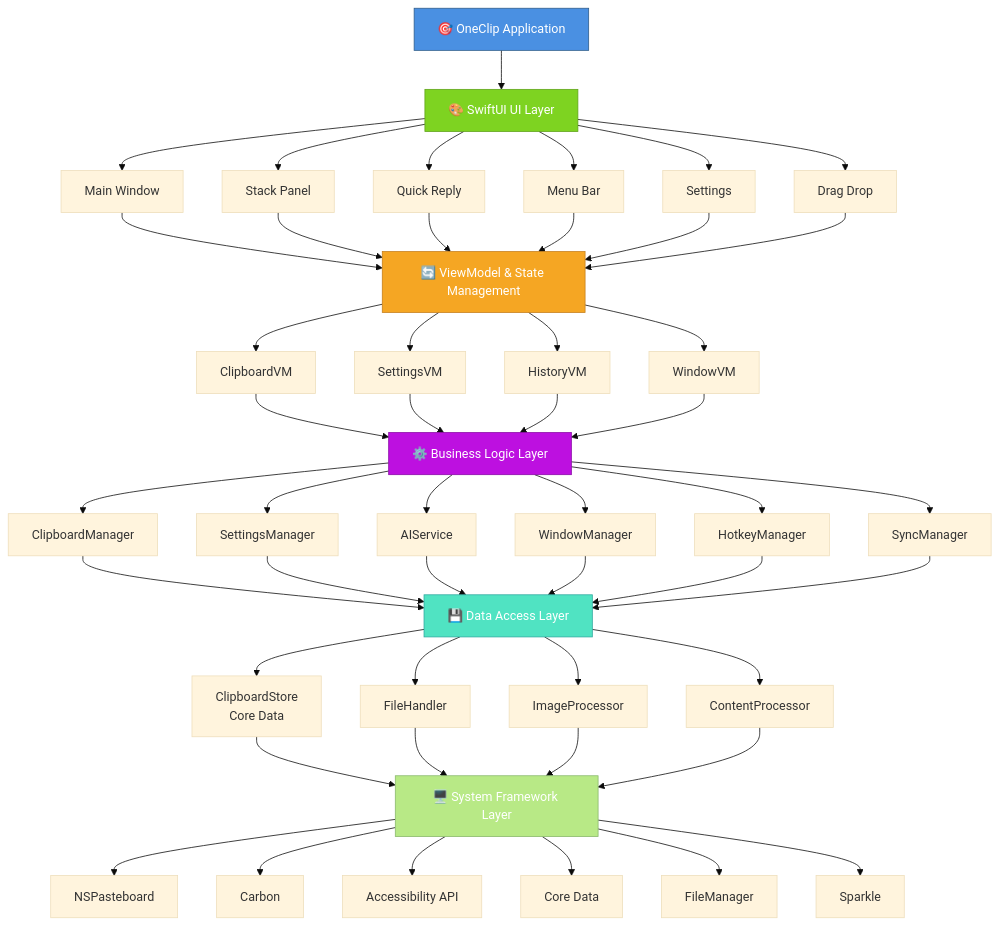
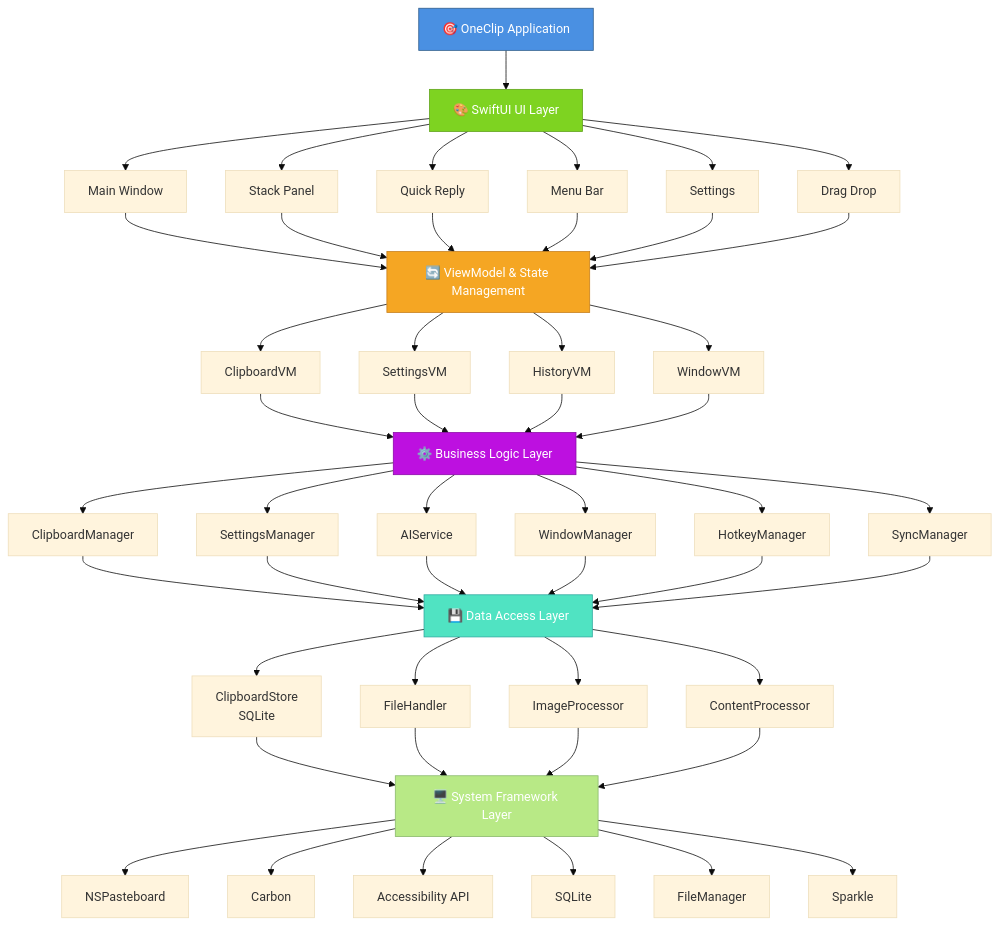
Before and after one commit to Wcowin/Wcowin.github.io: the first of 2 diagrams in docs/develop/Mac-development/OneClip-Architecture-Design.md, drawn with Mermaid (base theme). The commit also changed other lines of this file and 34 other files, not shown here.

````diff
--- a/docs/develop/Mac-development/OneClip-Architecture-Design.md
+++ b/docs/develop/Mac-development/OneClip-Architecture-Design.md
@@ -20,62 +19,62 @@
 ```mermaid
 graph TD
     A["🎯 OneClip Application"]
     
     B["🎨 SwiftUI UI Layer"]
     B1["Main Window"]
     B2["Stack Panel"]
     B3["Quick Reply"]
     B4["Menu Bar"]
     B5["Settings"]
     B6["Drag Drop"]
     
     C["🔄 ViewModel & State Management"]
     C1["ClipboardVM"]
     C2["SettingsVM"]
     C3["HistoryVM"]
     C4["WindowVM"]
     
     D["⚙️ Business Logic Layer"]
     D1["ClipboardManager"]
     D2["SettingsManager"]
     D3["AIService"]
     D4["WindowManager"]
     D5["HotkeyManager"]
     D6["SyncManager"]
     
     E["💾 Data Access Layer"]
-    E1["ClipboardStore<br/>Core Data"]
+    E1["ClipboardStore<br/>SQLite"]
     E2["FileHandler"]
     E3["ImageProcessor"]
     E4["ContentProcessor"]
     
     F["🖥️ System Framework Layer"]
     F1["NSPasteboard"]
     F2["Carbon"]
     F3["Accessibility API"]
-    F4["Core Data"]
+    F4["SQLite"]
     F5["FileManager"]
     F6["Sparkle"]
     
     A --> B
     B --> B1 & B2 & B3 & B4 & B5 & B6
     
     B1 & B2 & B3 & B4 & B5 & B6 --> C
     C --> C1 & C2 & C3 & C4
     
     C1 & C2 & C3 & C4 --> D
     D --> D1 & D2 & D3 & D4 & D5 & D6
     
     D1 & D2 & D3 & D4 & D5 & D6 --> E
     E --> E1 & E2 & E3 & E4
     
     E1 & E2 & E3 & E4 --> F
     F --> F1 & F2 & F3 & F4 & F5 & F6
     
     style A fill:#4A90E2,stroke:#2E5C8A,color:#fff
     style B fill:#7ED321,stroke:#5FA319,color:#fff
     style C fill:#F5A623,stroke:#C67F1A,color:#fff
     style D fill:#BD10E0,stroke:#8B0AA8,color:#fff
     style E fill:#50E3C2,stroke:#2FA89F,color:#fff
     style F fill:#B8E986,stroke:#8AB86D,color:#fff
 ```
````
